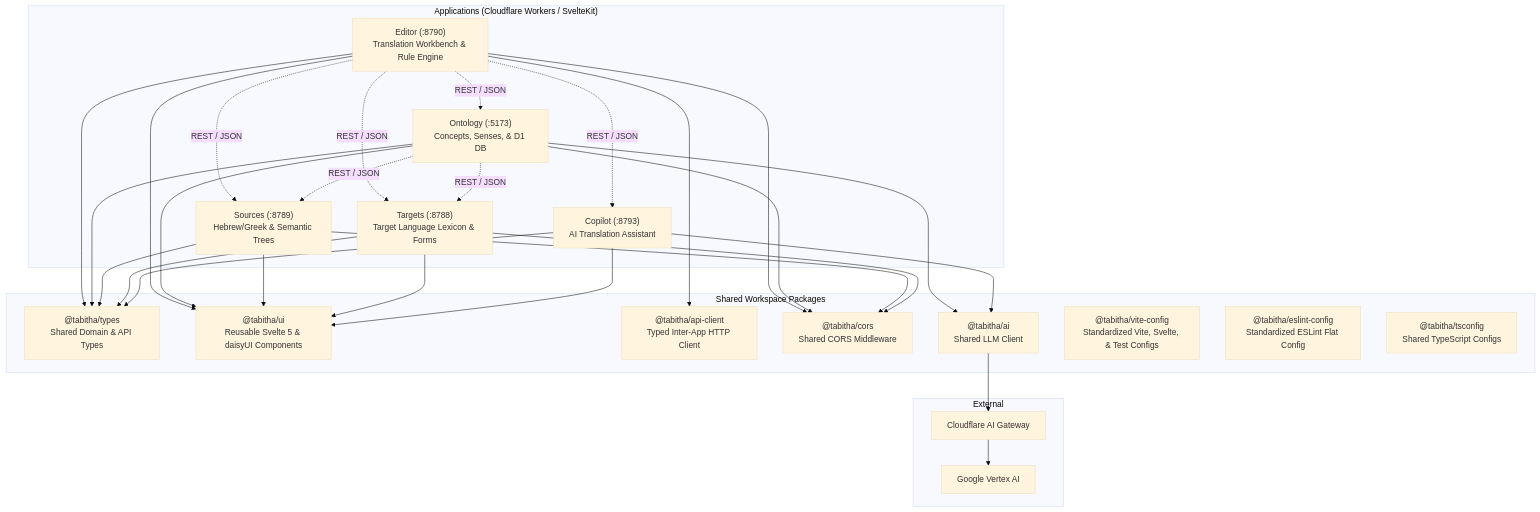
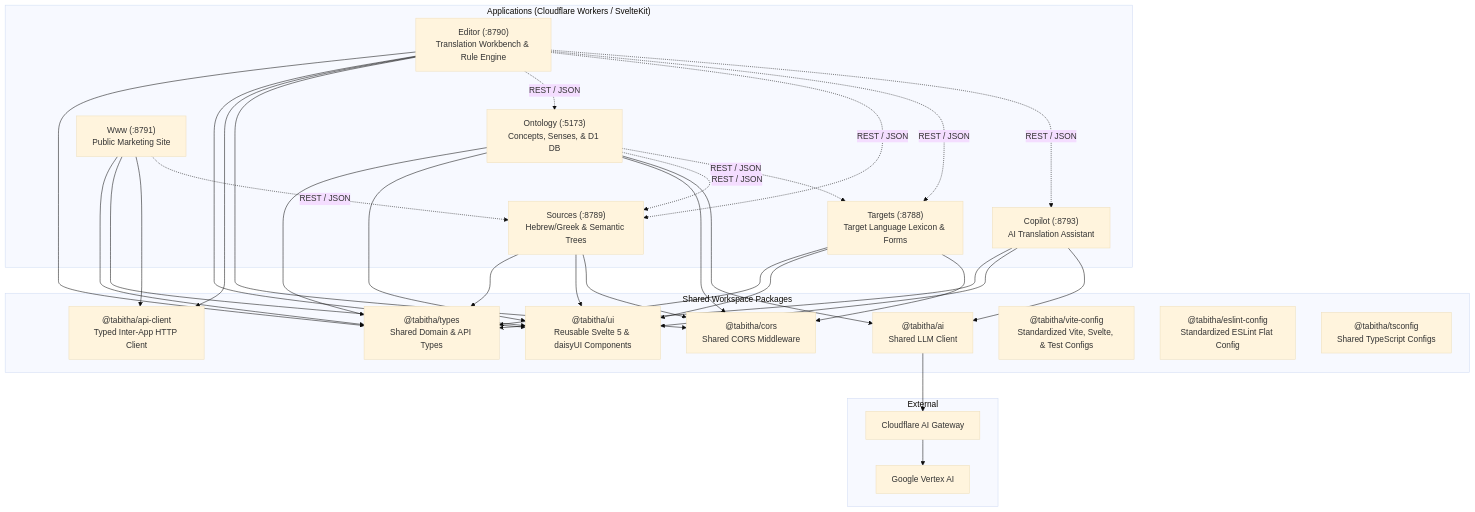
Before and after one commit to presciencelabs/tabitha: the diagram in CONTRIBUTING.md, drawn with Mermaid (base theme). The commit also changed other lines of this file and 17 other files, not shown here.

````diff
--- a/CONTRIBUTING.md
+++ b/CONTRIBUTING.md
@@ -11,53 +11,58 @@
 ```mermaid
 graph TD
 	subgraph Apps ["Applications (Cloudflare Workers / SvelteKit)"]
 		Editor["Editor (:8790)<br/>Translation Workbench & Rule Engine"]
 		Ontology["Ontology (:5173)<br/>Concepts, Senses, & D1 DB"]
 		Sources["Sources (:8789)<br/>Hebrew/Greek & Semantic Trees"]
 		Targets["Targets (:8788)<br/>Target Language Lexicon & Forms"]
 		Copilot["Copilot (:8793)<br/>AI Translation Assistant"]
+		Www["Www (:8791)<br/>Public Marketing Site"]
 	end
 
 	subgraph SharedPackages ["Shared Workspace Packages"]
 		Types["@tabitha/types<br/>Shared Domain & API Types"]
 		UI["@tabitha/ui<br/>Reusable Svelte 5 & daisyUI Components"]
 		ApiClient["@tabitha/api-client<br/>Typed Inter-App HTTP Client"]
 		Cors["@tabitha/cors<br/>Shared CORS Middleware"]
 		AI["@tabitha/ai<br/>Shared LLM Client"]
 		ViteConfig["@tabitha/vite-config<br/>Standardized Vite, Svelte, & Test Configs"]
 		ESLintConfig["@tabitha/eslint-config<br/>Standardized ESLint Flat Config"]
 		TSConfig["@tabitha/tsconfig<br/>Shared TypeScript Configs"]
 	end
 
 	subgraph External ["External"]
 		Gateway["Cloudflare AI Gateway"]
 		Vertex["Google Vertex AI"]
 	end
 
 	Editor --> Types
 	Editor --> UI
 	Editor --> ApiClient
 	Editor --> Cors
 	Ontology --> Types
 	Ontology --> UI
 	Ontology --> Cors
 	Ontology --> AI
 	Sources --> Types
 	Sources --> UI
 	Sources --> Cors
 	Targets --> Types
 	Targets --> UI
 	Targets --> Cors
 	Copilot --> Types
 	Copilot --> UI
 	Copilot --> AI
+	Www --> Types
+	Www --> UI
+	Www --> ApiClient
 
 	Editor -.->|"REST / JSON"| Ontology
 	Editor -.->|"REST / JSON"| Sources
 	Editor -.->|"REST / JSON"| Targets
 	Editor -.->|"REST / JSON"| Copilot
 	Ontology -.->|"REST / JSON"| Sources
 	Ontology -.->|"REST / JSON"| Targets
+	Www -.->|"REST / JSON"| Sources
 
 	AI --> Gateway --> Vertex
 ```
````
